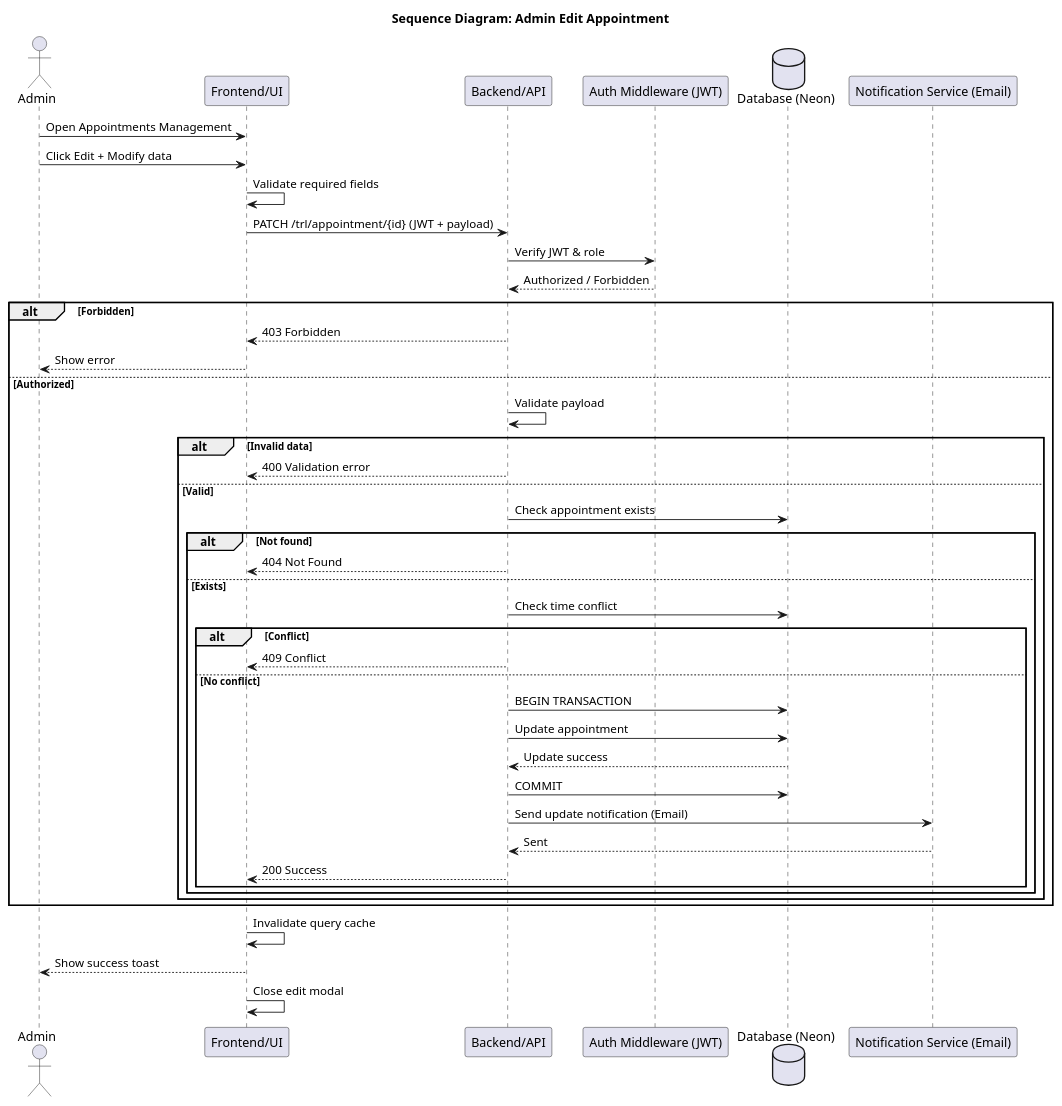
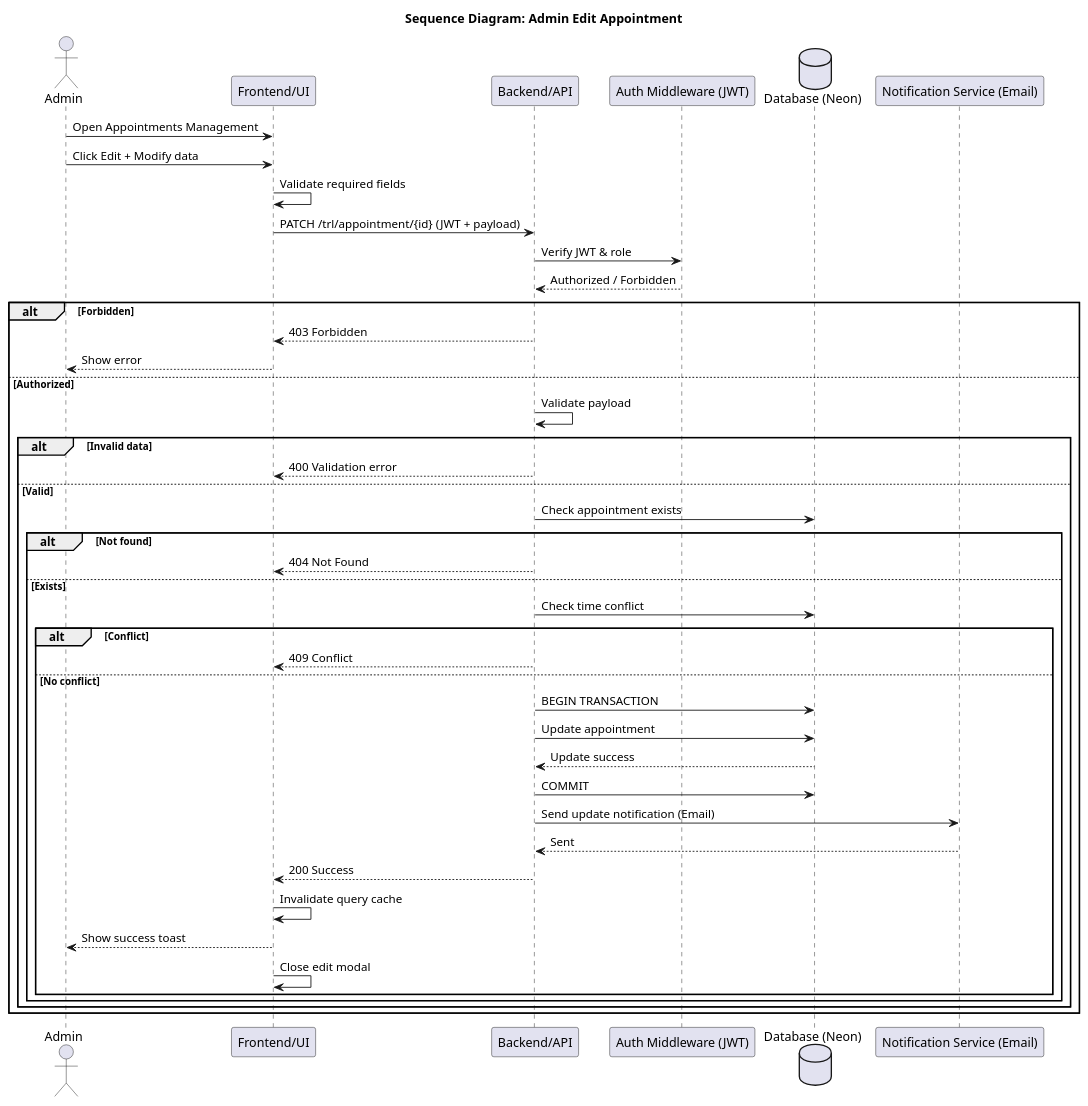
The diagram in sequence diagram/admin/admin_edit_appointments.puml (punyanuch-h/trl-research-frontend), drawn with PlantUML before and after one commit. The commit also changed 14 other files, not shown here.

```diff
--- a/sequence diagram/admin/admin_edit_appointments.puml
+++ b/sequence diagram/admin/admin_edit_appointments.puml
@@ -1,52 +1,53 @@
 @startuml
 title Sequence Diagram: Admin Edit Appointment
 
 actor Admin
 participant "Frontend/UI" as UI
 participant "Backend/API" as API
 participant "Auth Middleware (JWT)" as AUTH
 database "Database (Neon)" as DB
 participant "Notification Service (Email)" as NOTI
 
 Admin -> UI: Open Appointments Management
 
 Admin -> UI: Click Edit + Modify data
 UI -> UI: Validate required fields
 UI -> API: PATCH /trl/appointment/{id} (JWT + payload)
 
 API -> AUTH: Verify JWT & role
 AUTH --> API: Authorized / Forbidden
 
 alt Forbidden
     API --> UI: 403 Forbidden
     UI --> Admin: Show error
 else Authorized
     API -> API: Validate payload
     alt Invalid data
         API --> UI: 400 Validation error
     else Valid
         API -> DB: Check appointment exists
         alt Not found
             API --> UI: 404 Not Found
         else Exists
             API -> DB: Check time conflict
             alt Conflict
                 API --> UI: 409 Conflict
             else No conflict
                 API -> DB: BEGIN TRANSACTION
                 API -> DB: Update appointment
                 DB --> API: Update success
                 API -> DB: COMMIT
                 API -> NOTI: Send update notification (Email)
                 NOTI --> API: Sent
                 API --> UI: 200 Success
+                UI -> UI: Invalidate query cache
+                UI --> Admin: Show success toast
+                UI -> UI: Close edit modal
             end
         end
     end
 end
 
-UI -> UI: Invalidate query cache
-UI --> Admin: Show success toast
-UI -> UI: Close edit modal
+
 
 @enduml
```
